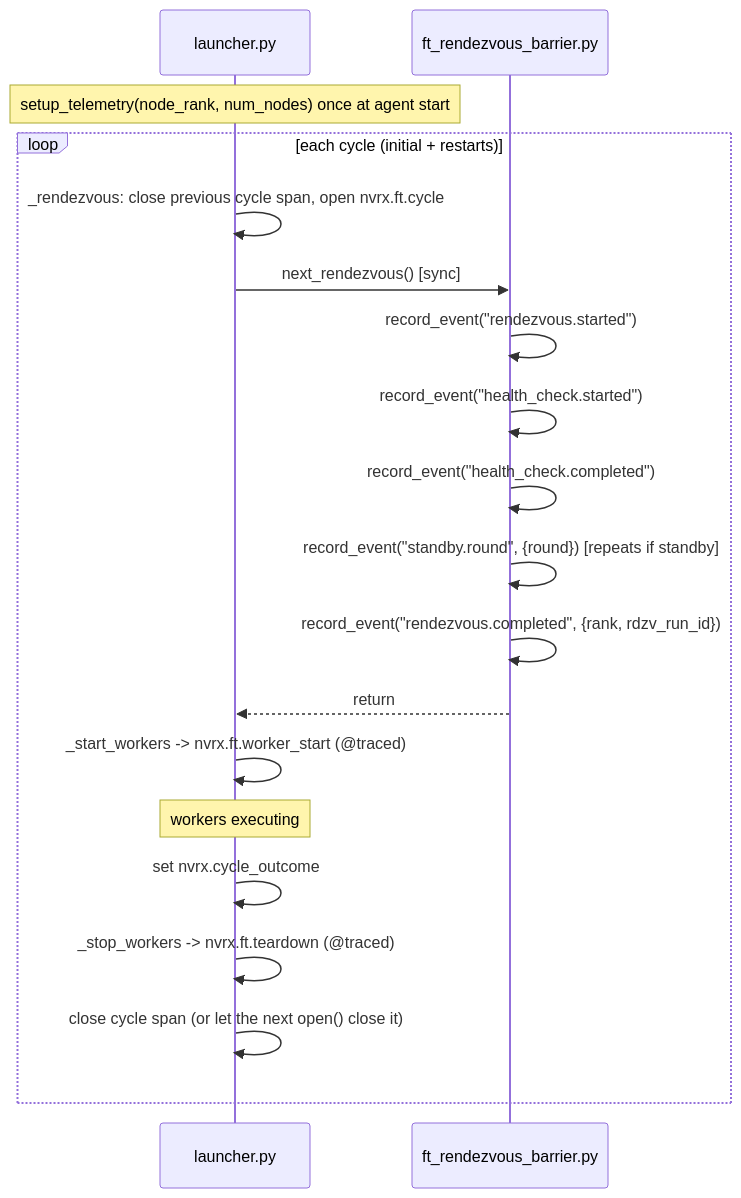
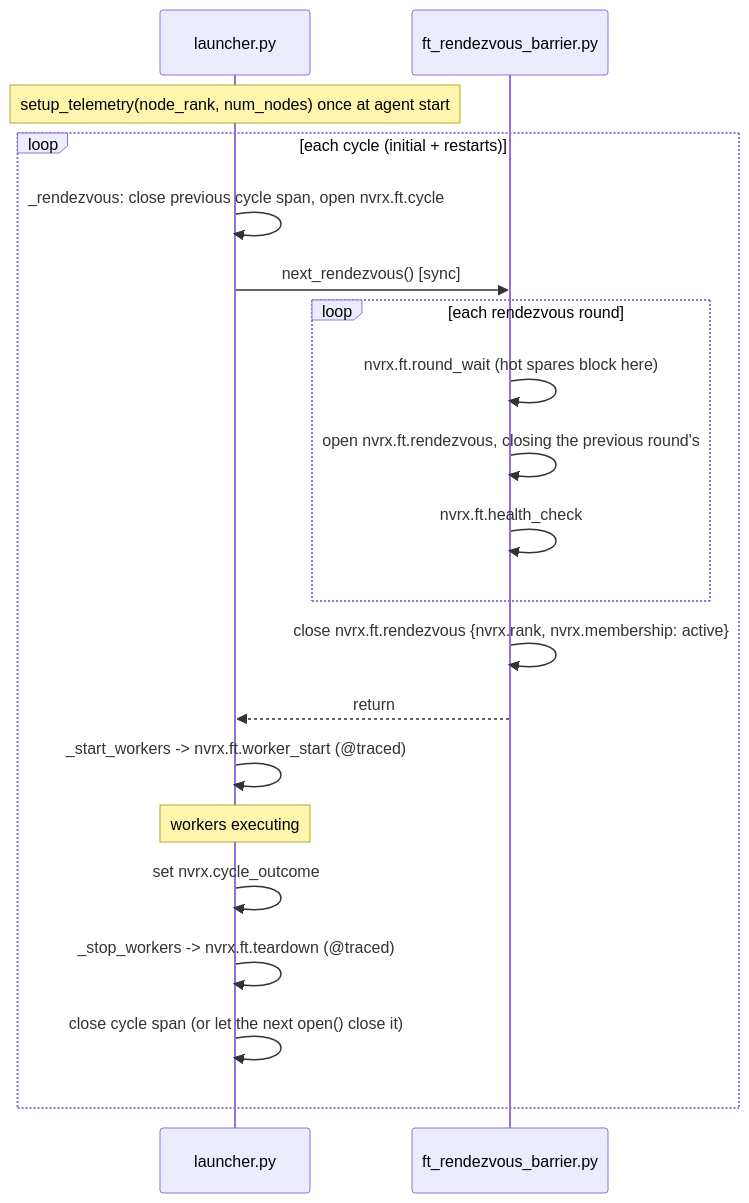
The second of 3 diagrams in docs/design/telemetry/NEMO_LENS.md (NVIDIA/nvidia-resiliency-ext), drawn with Mermaid before and after one commit. The commit also changed other lines of this file and 4 other files, not shown here.

````diff
--- a/docs/design/telemetry/NEMO_LENS.md
+++ b/docs/design/telemetry/NEMO_LENS.md
@@ -85,23 +97,24 @@
 ```mermaid
 sequenceDiagram
     participant L as launcher.py
     participant R as ft_rendezvous_barrier.py
 
     Note over L: setup_telemetry(node_rank, num_nodes) once at agent start
 
     loop each cycle (initial + restarts)
         L->>L: _rendezvous: close previous cycle span, open nvrx.ft.cycle
         L->>R: next_rendezvous() [sync]
-        R->>R: record_event("rendezvous.started")
-        R->>R: record_event("health_check.started")
-        R->>R: record_event("health_check.completed")
-        R->>R: record_event("standby.round", {round}) [repeats if standby]
-        R->>R: record_event("rendezvous.completed", {rank, rdzv_run_id})
+        loop each rendezvous round
+            R->>R: nvrx.ft.round_wait (hot spares block here)
+            R->>R: open nvrx.ft.rendezvous, closing the previous round's
+            R->>R: nvrx.ft.health_check
+        end
+        R->>R: close nvrx.ft.rendezvous {nvrx.rank, nvrx.membership: active}
         R-->>L: return
         L->>L: _start_workers -> nvrx.ft.worker_start (@traced)
         Note over L: workers executing
         L->>L: set nvrx.cycle_outcome
         L->>L: _stop_workers -> nvrx.ft.teardown (@traced)
         L->>L: close cycle span (or let the next open() close it)
     end
 ```
````
